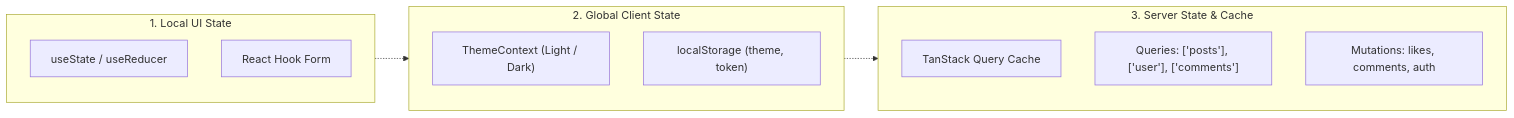
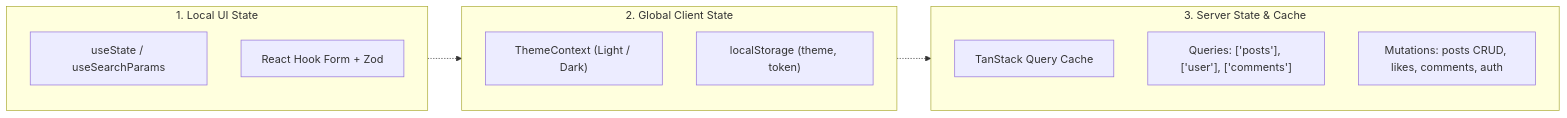
One commit to feddevv/blog-client changed the second of 5 diagrams in docs/architecture.md. Above: the diagram before and after it, drawn with Mermaid. The commit also changed other lines of this file, not shown here.

Commit message:
docs: update architecture documentation to reflect all changes

````diff
--- a/docs/architecture.md
+++ b/docs/architecture.md
@@ -160,21 +190,21 @@
 ```mermaid
 flowchart LR
     subgraph Local_State ["1. Local UI State"]
-        ReactState["useState / useReducer"]
-        RHF["React Hook Form"]
+        ReactState["useState / useSearchParams"]
+        RHF["React Hook Form + Zod"]
     end
 
     subgraph Global_Client_State ["2. Global Client State"]
         Theme["ThemeContext (Light / Dark)"]
         LocalStorage["localStorage (theme, token)"]
     end
 
     subgraph Server_State ["3. Server State & Cache"]
         QueryCache["TanStack Query Cache"]
         Queries["Queries: ['posts'], ['user'], ['comments']"]
-        Mutations["Mutations: likes, comments, auth"]
+        Mutations["Mutations: posts CRUD, likes, comments, auth"]
     end
 
     Local_State -.-> Global_Client_State
     Global_Client_State -.-> Server_State
 ```
````
